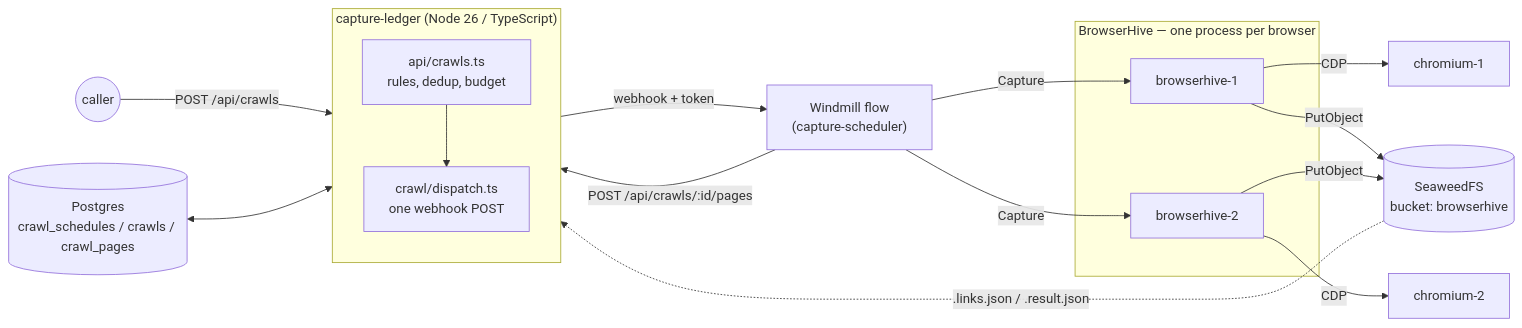
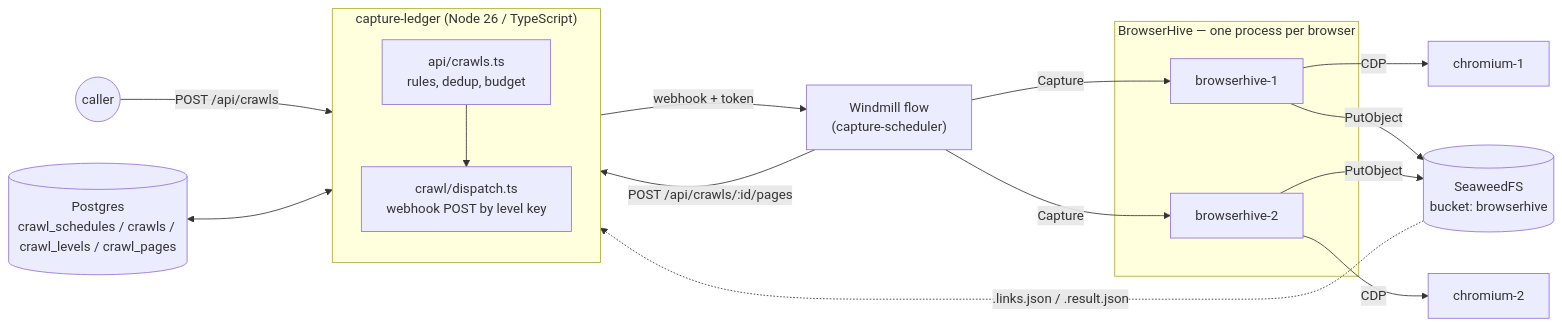
Before and after one commit to uraitakahito/capture-ledger: the first of 2 diagrams in docs-site/src/content/docs/architecture.mdx, drawn with Mermaid. The commit also changed other lines of this file and 34 other files, not shown here.

First line of the commit message:
feat!: 段の行 crawl_levels と段の報告の鍵（CAPTURE-180） (#501)

````diff
--- a/docs-site/src/content/docs/architecture.mdx
+++ b/docs-site/src/content/docs/architecture.mdx
@@ -8,24 +8,24 @@
 ```mermaid
 flowchart LR
   U((caller)) -->|"POST /api/crawls"| W
-  PG[("Postgres<br/>crawl_schedules / crawls / crawl_pages")] <--> W
+  PG[("Postgres<br/>crawl_schedules / crawls / crawl_levels / crawl_pages")] <--> W
   subgraph W["capture-ledger (Node 26 / TypeScript)"]
     direction TB
     API["api/crawls.ts<br/>rules, dedup, budget"]
-    DIS["crawl/dispatch.ts<br/>one webhook POST"]
+    DIS["crawl/dispatch.ts<br/>webhook POST by level key"]
     API --> DIS
   end
   DIS -->|"webhook + token"| WM["Windmill flow<br/>(capture-scheduler)"]
   WM -->|Capture| BH1
   WM -->|Capture| BH2
   subgraph BH["BrowserHive — one process per browser"]
     BH1[browserhive-1]
     BH2[browserhive-2]
   end
   BH1 -->|CDP| C1[chromium-1]
   BH2 -->|CDP| C2[chromium-2]
   BH1 -->|PutObject| S3[(SeaweedFS<br/>bucket: browserhive)]
   BH2 -->|PutObject| S3
   WM -->|"POST /api/crawls/:id/pages"| API
   S3 -.->|".links.json / .result.json"| API
 ```
````
